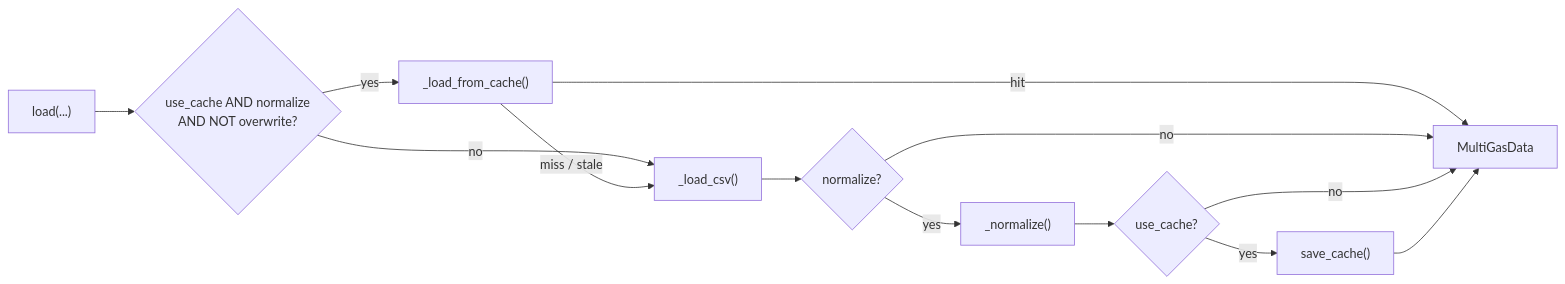
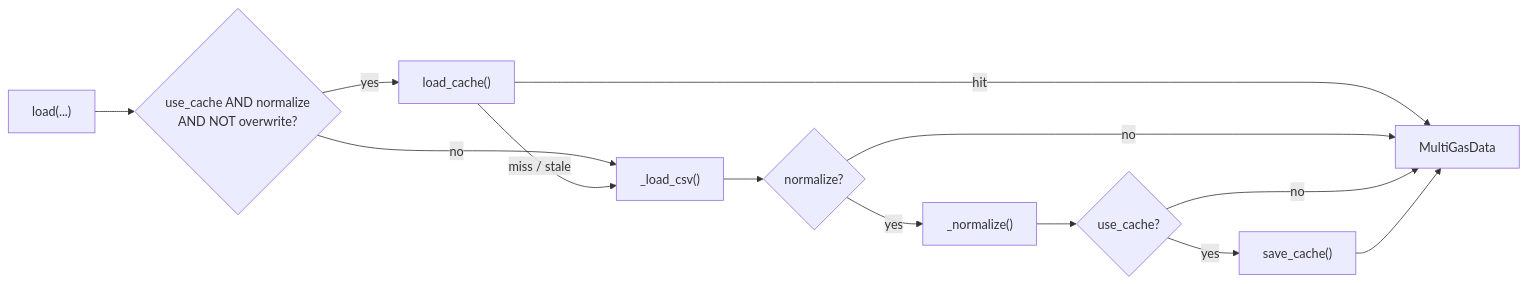
The diagram in wiki/API-Reference.md (martanto/multigas), drawn with Mermaid before and after one commit. The commit also changed other lines of this file and 3 other files, not shown here.

````diff
--- a/wiki/API-Reference.md
+++ b/wiki/API-Reference.md
@@ -167,15 +167,15 @@
 ```mermaid
 flowchart LR
     A["load(...)"] --> B{use_cache AND normalize<br/>AND NOT overwrite?}
     B -->|no| E["_load_csv()"]
-    B -->|yes| C["_load_from_cache()"]
+    B -->|yes| C["load_cache()"]
     C -->|hit| G["MultiGasData"]
     C -->|miss / stale| E
     E --> F{normalize?}
     F -->|yes| H["_normalize()"]
     F -->|no| G
     H --> I{use_cache?}
     I -->|yes| J["save_cache()"]
     I -->|no| G
     J --> G
 ```
````
